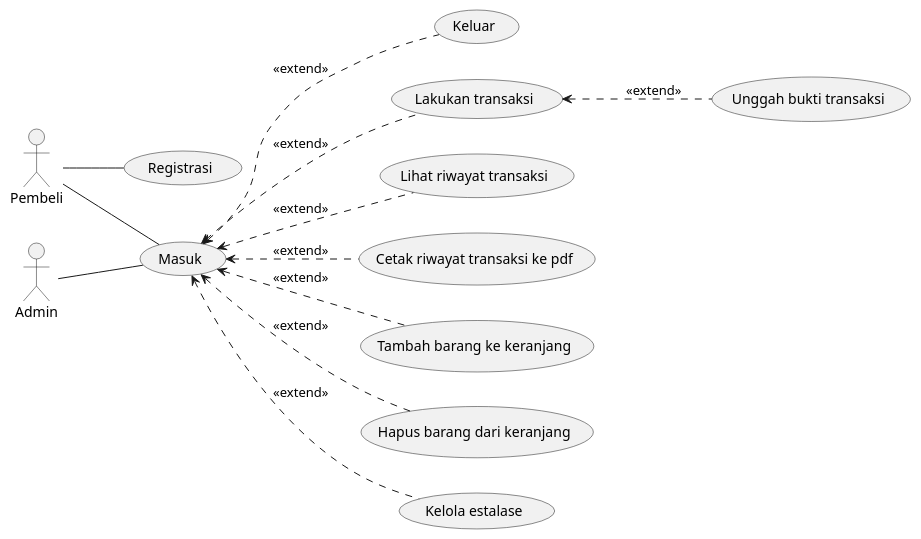
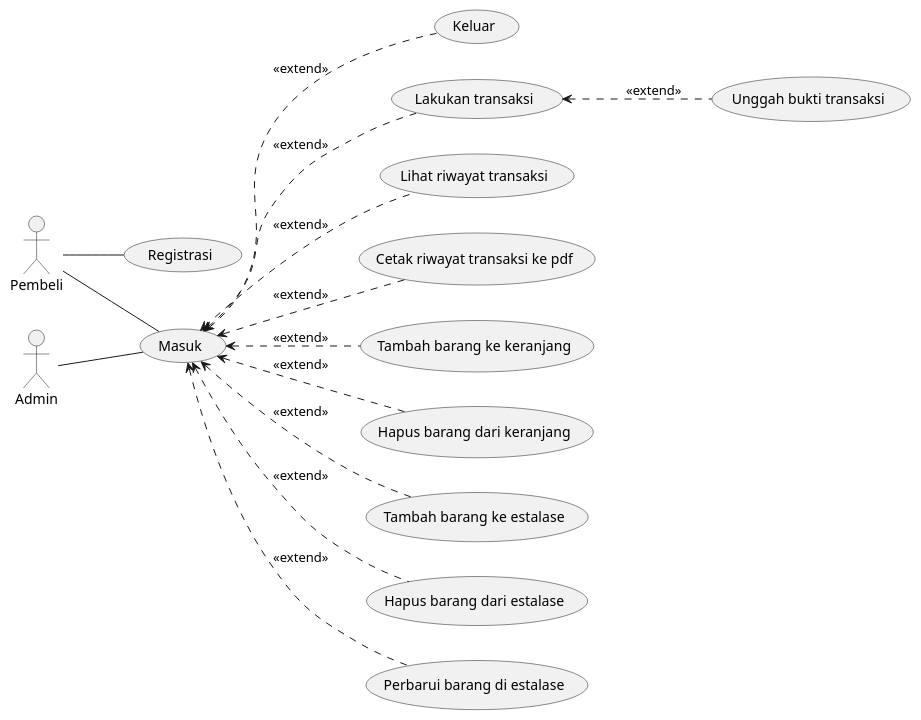
The diagram in use_case.puml (stnDinus/skpl_apbo_diagrams), drawn with PlantUML before and after one commit.

Commit message:
feat: decompose stock use case

```diff
--- a/use_case.puml
+++ b/use_case.puml
@@ -1,34 +1,38 @@
 @startuml
 left to right direction
 
 actor Pembeli as usr
 actor Admin as root
 
 (Masuk) as signin
 (Registrasi) as signup
 (Keluar) as signout
 (Lakukan transaksi) as trx
 (Unggah bukti transaksi) as up_trx_receipt
 (Lihat riwayat transaksi) as trx_history
 (Cetak riwayat transaksi ke pdf) as pdf_trx_history
 (Tambah barang ke keranjang) as add_cart
 (Hapus barang dari keranjang) as del_cart
-(Kelola estalase) as stock
+(Tambah barang ke estalase) as crt_item
+(Hapus barang dari estalase) as del_item
+(Perbarui barang di estalase) as upd_item
 
 usr -- signin
 usr -- signup
 
 root -- signin
 
 signin <.. trx: <<extend>>
 signin <.. trx_history: <<extend>>
 signin <.. pdf_trx_history: <<extend>>
 signin <.. add_cart: <<extend>>
 signin <.. del_cart: <<extend>>
 signin <.. signout: <<extend>>
 
 trx <.. up_trx_receipt: <<extend>>
 
-signin <.. stock: <<extend>>
+signin <.. crt_item: <<extend>>
+signin <.. del_item: <<extend>>
+signin <.. upd_item: <<extend>>
 
 @enduml
```
